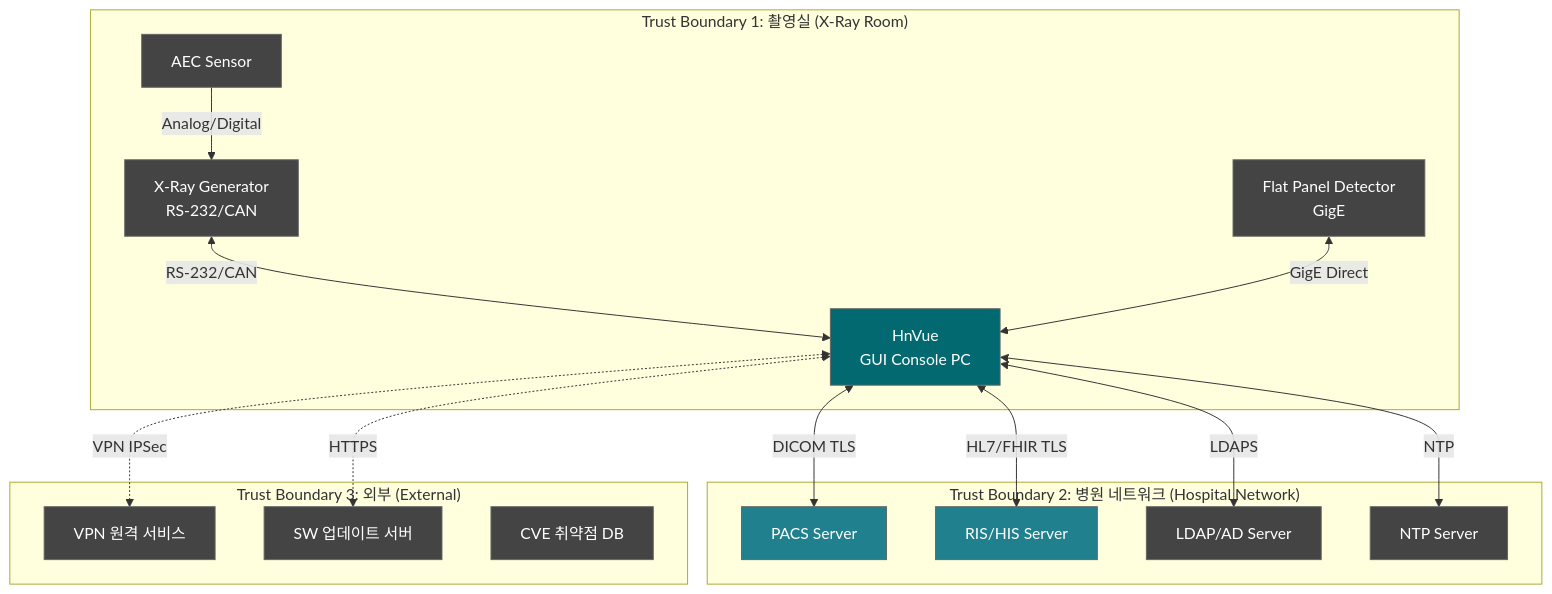
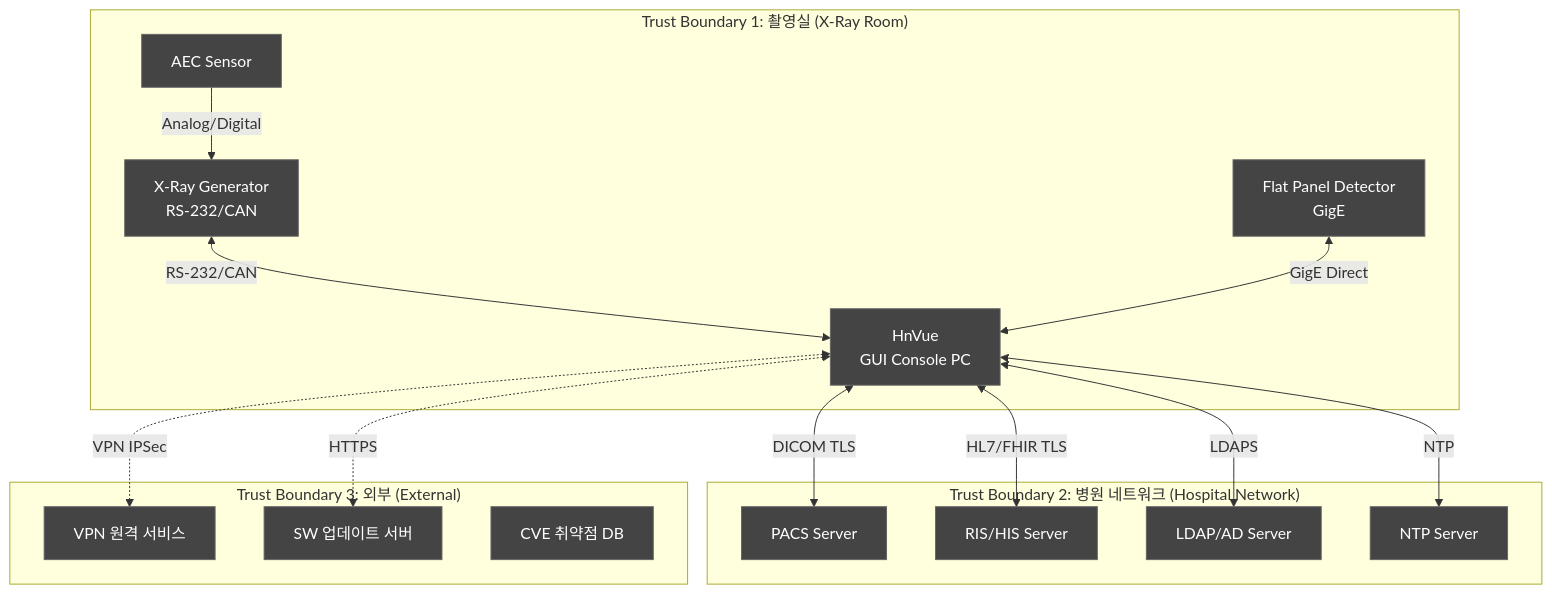
Before and after one commit to holee9/console-gui: the first of 7 diagrams in docs/risk/DOC-017_ThreatModel_v1.0.md, drawn with Mermaid. The commit also changed other lines of this file and 35 other files, not shown here.

First line of the commit message:
fix: 전체 Mermaid 차트 색상 진한 회색 통일

````diff
--- a/docs/risk/DOC-017_ThreatModel_v1.0.md
+++ b/docs/risk/DOC-017_ThreatModel_v1.0.md
@@ -94,35 +94,35 @@
 ```mermaid
 graph TB
     subgraph "Trust Boundary 1: 촬영실 (X-Ray Room)"
         XGEN[X-Ray Generator<br/>RS-232/CAN]
         DET[Flat Panel Detector<br/>GigE]
         CON[HnVue<br/>GUI Console PC]
         AEC[AEC Sensor]
     end
     subgraph "Trust Boundary 2: 병원 네트워크 (Hospital Network)"
         PACS[PACS Server]
         RIS[RIS/HIS Server]
         LDAP[LDAP/AD Server]
         NTP[NTP Server]
     end
     subgraph "Trust Boundary 3: 외부 (External)"
         VPN[VPN 원격 서비스]
         UPD[SW 업데이트 서버]
         CVE[CVE 취약점 DB]
     end
     
     XGEN <-->|RS-232/CAN| CON
     DET <-->|GigE Direct| CON
     AEC -->|Analog/Digital| XGEN
     CON <-->|DICOM TLS| PACS
     CON <-->|HL7/FHIR TLS| RIS
     CON <-->|LDAPS| LDAP
     CON <-->|NTP| NTP
     CON <-.->|VPN IPSec| VPN
     CON <-.->|HTTPS| UPD
     
     classDef default fill:#444,stroke:#666,color:#fff
-    style CON fill:#01696F,color:#fff
-    style PACS fill:#20808D,color:#fff
-    style RIS fill:#20808D,color:#fff
+    style CON fill:#444,color:#fff
+    style PACS fill:#444,color:#fff
+    style RIS fill:#444,color:#fff
 ```
````
